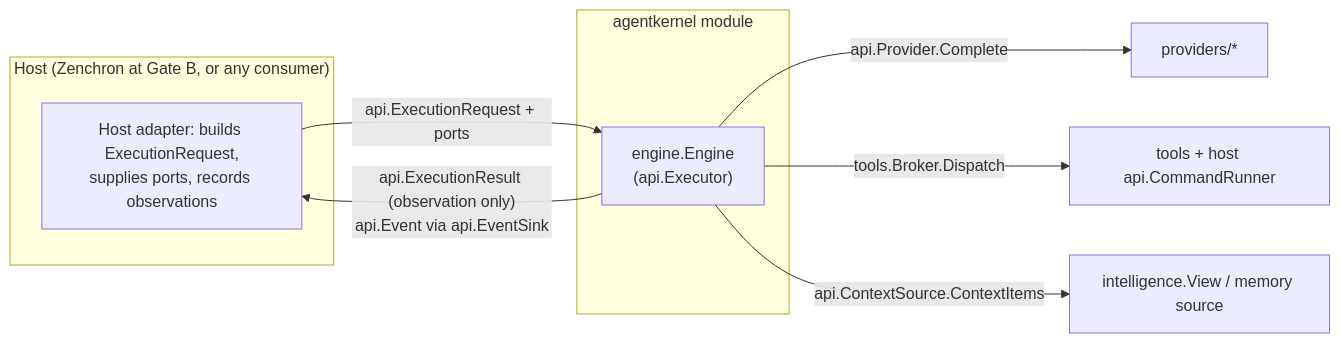
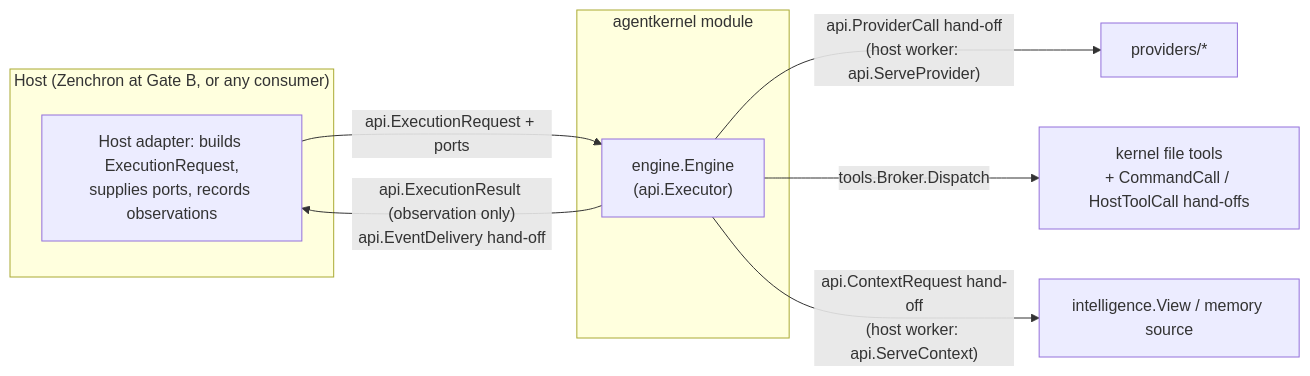
The first of 3 diagrams in agentkernel/docs/architecture.md (bogdaniel/zenchron-engineering), drawn with Mermaid before and after one commit. The commit also changed other lines of this file and 57 other files, not shown here.

First line of the commit message:
agentkernel: hand-off host ports and atomic execution admission

````diff
--- a/agentkernel/docs/architecture.md
+++ b/agentkernel/docs/architecture.md
@@ -9,14 +9,14 @@
 ```mermaid
 flowchart LR
   subgraph Host["Host (Zenchron at Gate B, or any consumer)"]
     H["Host adapter: builds ExecutionRequest,<br/>supplies ports, records observations"]
   end
   subgraph K["agentkernel module"]
     E["engine.Engine<br/>(api.Executor)"]
   end
   H -->|"api.ExecutionRequest + ports"| E
-  E -->|"api.ExecutionResult (observation only)<br/>api.Event via api.EventSink"| H
-  E -->|"api.Provider.Complete"| P["providers/*"]
-  E -->|"tools.Broker.Dispatch"| T["tools + host api.CommandRunner"]
-  E -->|"api.ContextSource.ContextItems"| S["intelligence.View / memory source"]
+  E -->|"api.ExecutionResult (observation only)<br/>api.EventDelivery hand-off"| H
+  E -->|"api.ProviderCall hand-off<br/>(host worker: api.ServeProvider)"| P["providers/*"]
+  E -->|"tools.Broker.Dispatch"| T["kernel file tools<br/>+ CommandCall / HostToolCall hand-offs"]
+  E -->|"api.ContextRequest hand-off<br/>(host worker: api.ServeContext)"| S["intelligence.View / memory source"]
 ```
````
